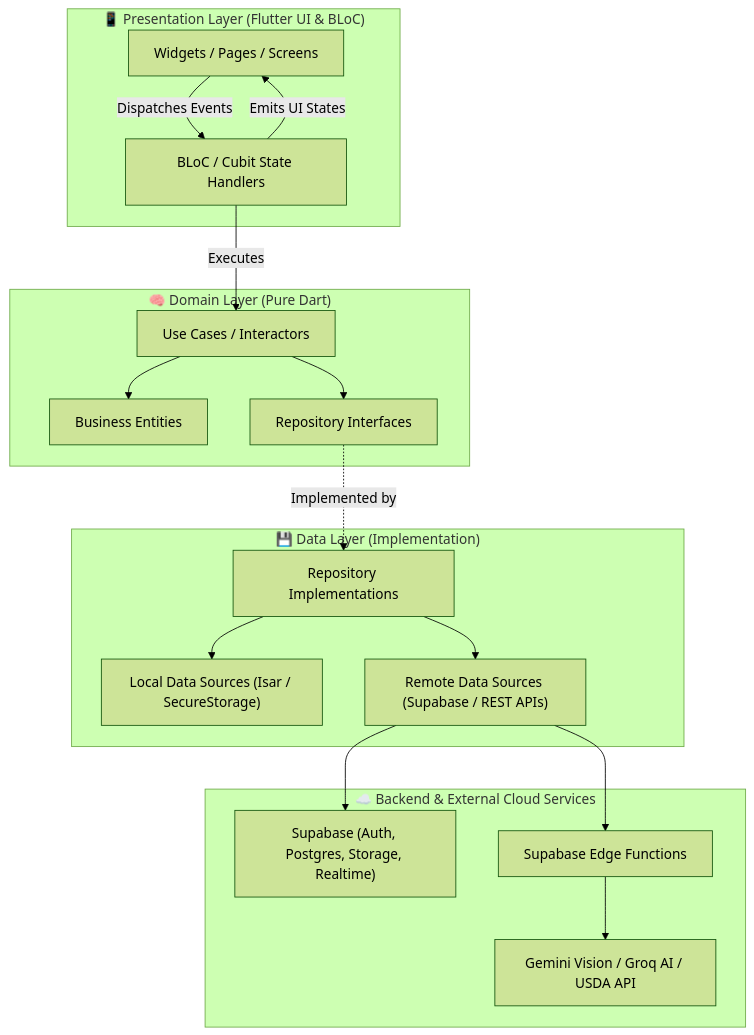
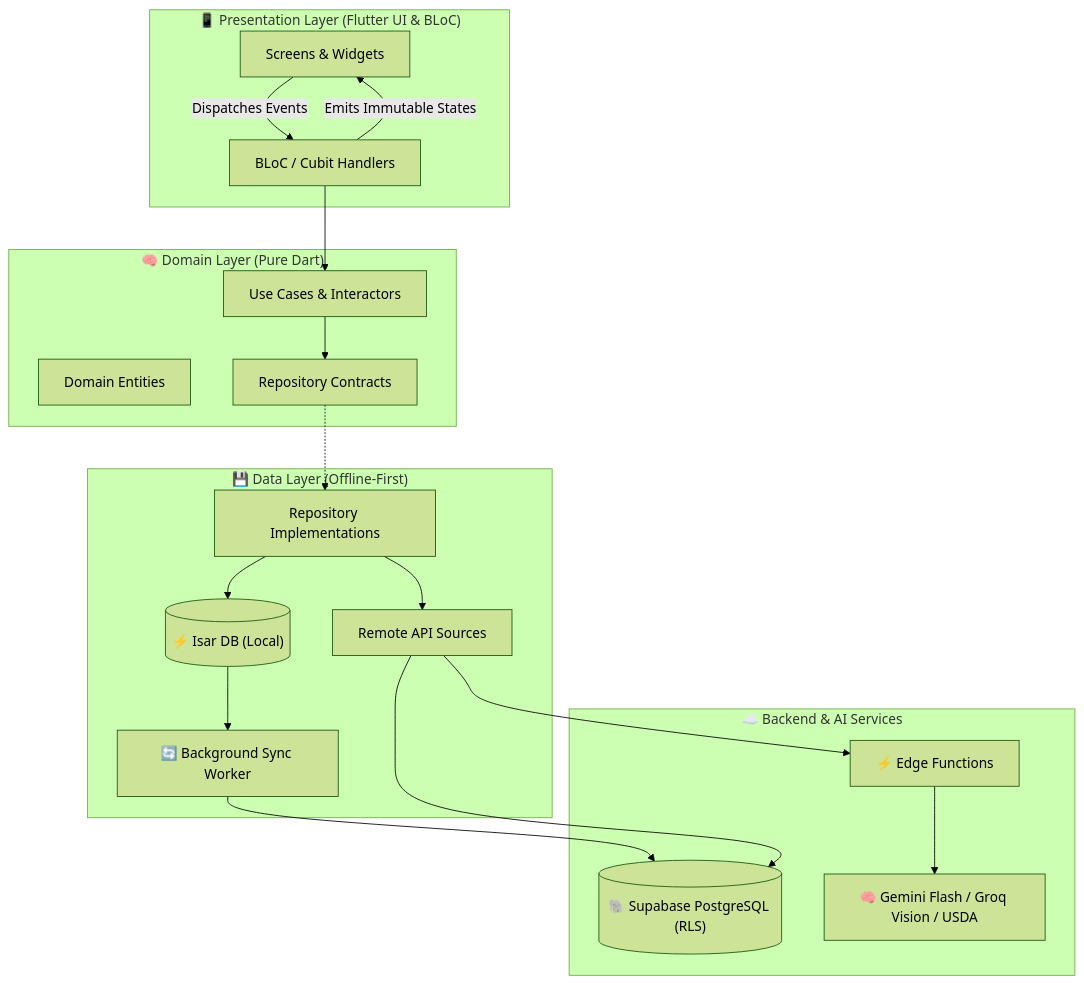
Before and after one commit to TarunTalan/vital_up: the diagram in README.md, drawn with Mermaid (forest theme). The commit also changed other lines of this file and 5 other files, not shown here.

````diff
--- a/README.md
+++ b/README.md
@@ -200,36 +86,37 @@
 ```mermaid
 graph TD
-    subgraph Presentation["📱 Presentation Layer (Flutter UI & BLoC)"]
-        UI["Widgets / Pages / Screens"]
-        Bloc["BLoC / Cubit State Handlers"]
-        UI -->|Dispatches Events| Bloc
-        Bloc -->|Emits UI States| UI
+    subgraph UI["📱 Presentation Layer (Flutter UI & BLoC)"]
+        Screens["Screens & Widgets"]
+        Blocs["BLoC / Cubit Handlers"]
+        Screens -->|Dispatches Events| Blocs
+        Blocs -->|Emits Immutable States| Screens
     end
 
-    subgraph Domain["🧠 Domain Layer (Pure Dart)"]
-        UC["Use Cases / Interactors"]
-        Entities["Business Entities"]
-        RepoInterface["Repository Interfaces"]
-        Bloc -->|Executes| UC
-        UC --> RepoInterface
-        UC --> Entities
+    subgraph Core["🧠 Domain Layer (Pure Dart)"]
+        UseCases["Use Cases & Interactors"]
+        Entities["Domain Entities"]
+        RepoContracts["Repository Contracts"]
+        Blocs --> UseCases
+        UseCases --> RepoContracts
     end
 
-    subgraph Data["💾 Data Layer (Implementation)"]
+    subgraph Data["💾 Data Layer (Offline-First)"]
         RepoImpl["Repository Implementations"]
-        LocalDS["Local Data Sources (Isar / SecureStorage)"]
-        RemoteDS["Remote Data Sources (Supabase / REST APIs)"]
-        RepoInterface -.->|Implemented by| RepoImpl
-        RepoImpl --> LocalDS
+        IsarDB[("⚡ Isar DB (Local)")]
+        SyncQueue["🔄 Background Sync Worker"]
+        RemoteDS["Remote API Sources"]
+        RepoContracts -.-> RepoImpl
+        RepoImpl --> IsarDB
         RepoImpl --> RemoteDS
+        IsarDB --> SyncQueue
     end
 
-    subgraph Services["☁️ Backend & External Cloud Services"]
-        Supabase["Supabase (Auth, Postgres, Storage, Realtime)"]
-        EdgeFunctions["Supabase Edge Functions"]
-        AI_Vision["Gemini Vision / Groq AI / USDA API"]
+    subgraph Cloud["☁️ Backend & AI Services"]
+        Supabase[("🐘 Supabase PostgreSQL (RLS)")]
+        EdgeFunctions["⚡ Edge Functions"]
+        VisionAI["🧠 Gemini Flash / Groq Vision / USDA"]
+        SyncQueue --> Supabase
         RemoteDS --> Supabase
-        RemoteDS --> EdgeFunctions
-        EdgeFunctions --> AI_Vision
+        RemoteDS --> EdgeFunctions --> VisionAI
     end
 ```
````
